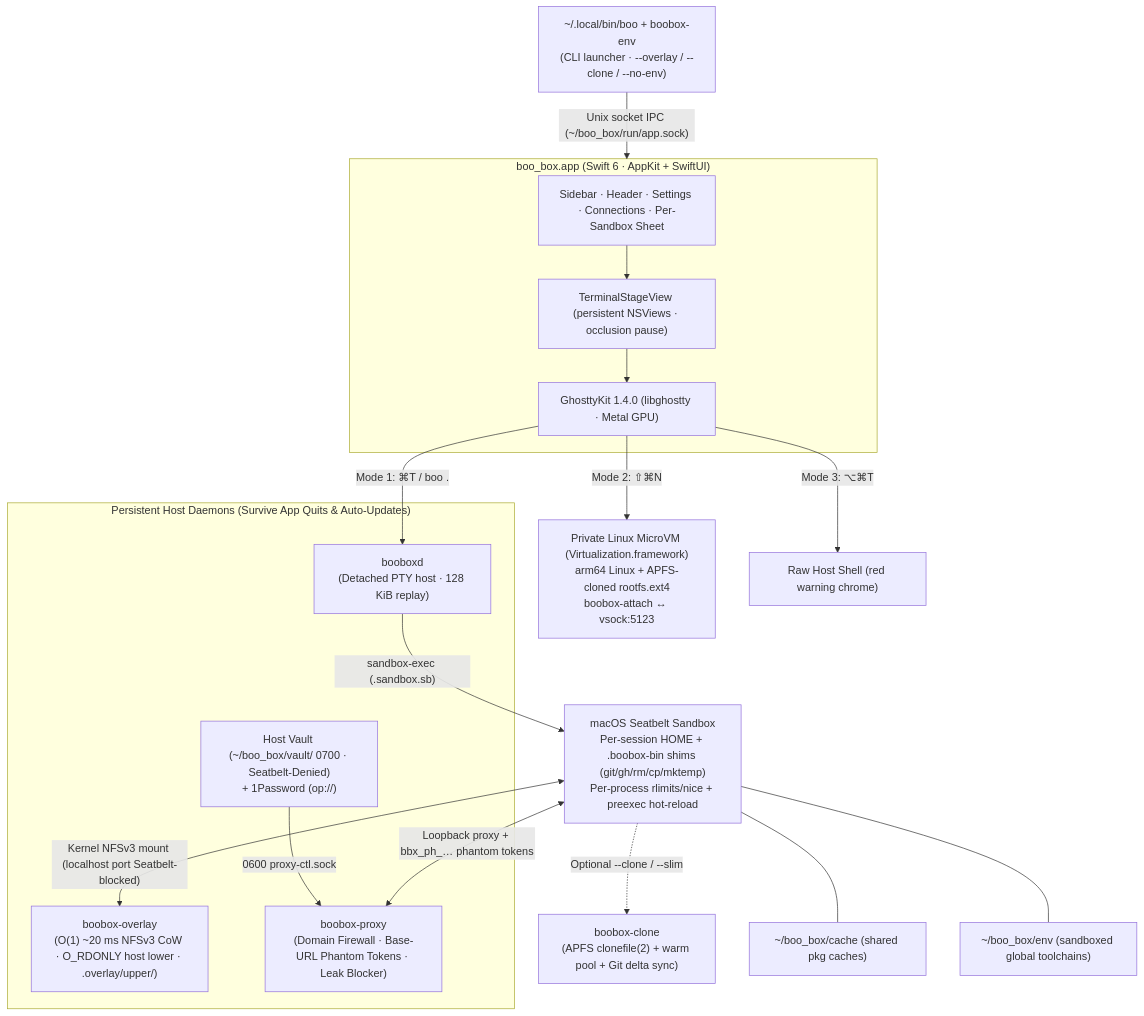
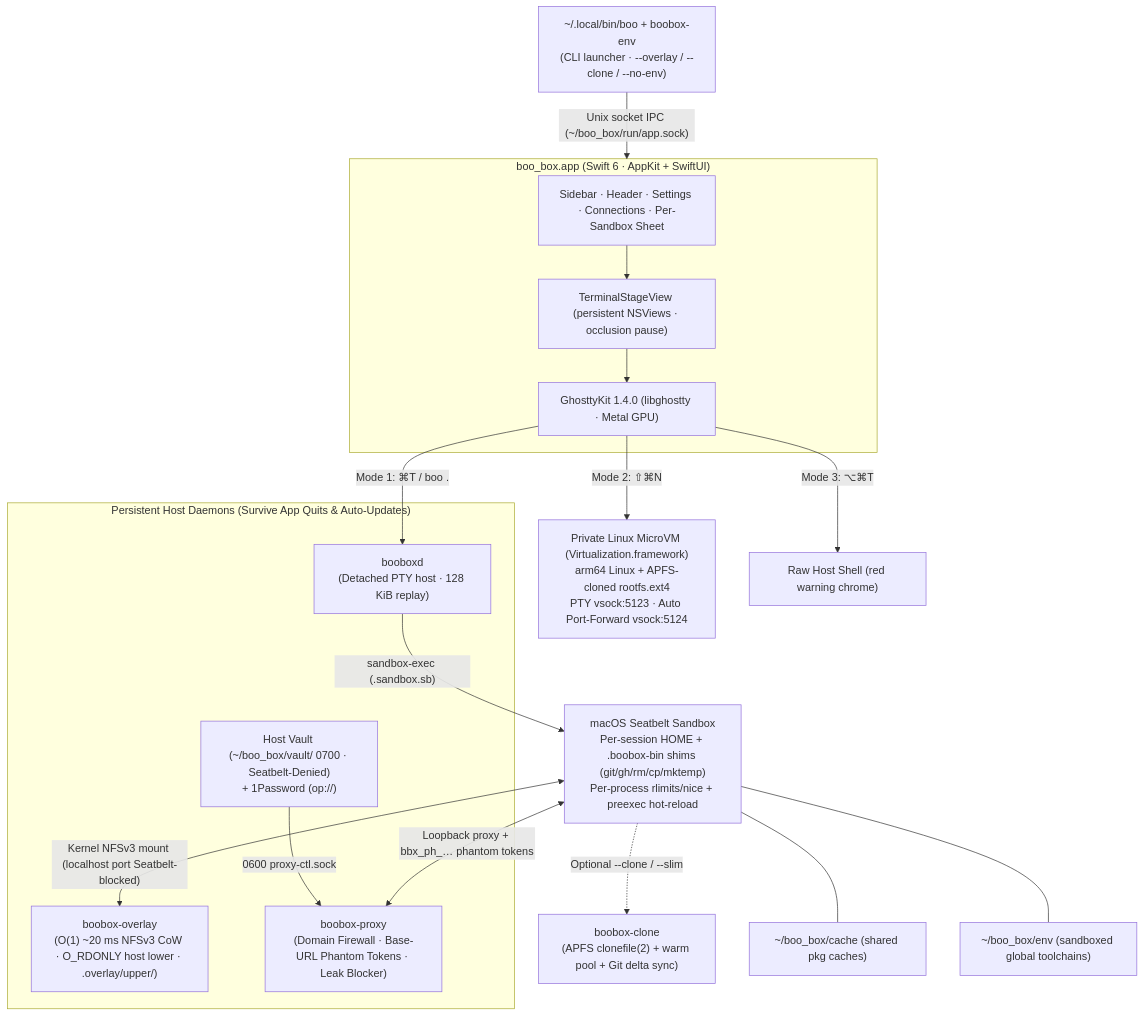
Before and after one commit to apguan/boo_box: the diagram in README.md, drawn with Mermaid. The commit also changed other lines of this file and 4 other files, not shown here.

First line of the commit message:
feat(vm): add automatic per-VM vsock:5124 TCP port forwarding and live port discovery

````diff
--- a/README.md
+++ b/README.md
@@ -60,29 +60,29 @@
 ```mermaid
 flowchart TB
   CLI["~/.local/bin/boo + boobox-env<br/>(CLI launcher · --overlay / --clone / --no-env)"] -->|"Unix socket IPC (~/boo_box/run/app.sock)"| APP
 
   subgraph APP["boo_box.app (Swift 6 · AppKit + SwiftUI)"]
     UI["Sidebar · Header · Settings · Connections · Per-Sandbox Sheet"]
     STAGE["TerminalStageView (persistent NSViews · occlusion pause)"]
     GK["GhosttyKit 1.4.0 (libghostty · Metal GPU)"]
     UI --> STAGE --> GK
   end
 
   subgraph PERSIST["Persistent Host Daemons (Survive App Quits & Auto-Updates)"]
     PTYD["booboxd<br/>(Detached PTY host · 128 KiB replay)"]
     OVL["boobox-overlay<br/>(O(1) ~20 ms NFSv3 CoW · O_RDONLY host lower · .overlay/upper/)"]
     PROXY["boobox-proxy<br/>(Domain Firewall · Base-URL Phantom Tokens · Leak Blocker)"]
     VAULT["Host Vault (~/boo_box/vault/ 0700 · Seatbelt-Denied)<br/>+ 1Password (op://)"]
     VAULT -->|"0600 proxy-ctl.sock"| PROXY
   end
 
   GK -->|"Mode 1: ⌘T / boo ."| PTYD -->|"sandbox-exec (.sandbox.sb)"| SB["macOS Seatbelt Sandbox<br/>Per-session HOME + .boobox-bin shims (git/gh/rm/cp/mktemp)<br/>Per-process rlimits/nice + preexec hot-reload"]
-  GK -->|"Mode 2: ⇧⌘N"| VM["Private Linux MicroVM (Virtualization.framework)<br/>arm64 Linux + APFS-cloned rootfs.ext4<br/>boobox-attach ↔ vsock:5123"]
+  GK -->|"Mode 2: ⇧⌘N"| VM["Private Linux MicroVM (Virtualization.framework)<br/>arm64 Linux + APFS-cloned rootfs.ext4<br/>PTY vsock:5123 · Auto Port-Forward vsock:5124"]
   GK -->|"Mode 3: ⌥⌘T"| RAW["Raw Host Shell (red warning chrome)"]
 
   SB <-->|"Kernel NFSv3 mount (localhost port Seatbelt-blocked)"| OVL
   SB -.->|"Optional --clone / --slim"| CLONE["boobox-clone<br/>(APFS clonefile(2) + warm pool + Git delta sync)"]
   SB <-->|"Loopback proxy + bbx_ph_… phantom tokens"| PROXY
   SB --- CACHE["~/boo_box/cache (shared pkg caches)"]
   SB --- ENV["~/boo_box/env (sandboxed global toolchains)"]
 ```
````
